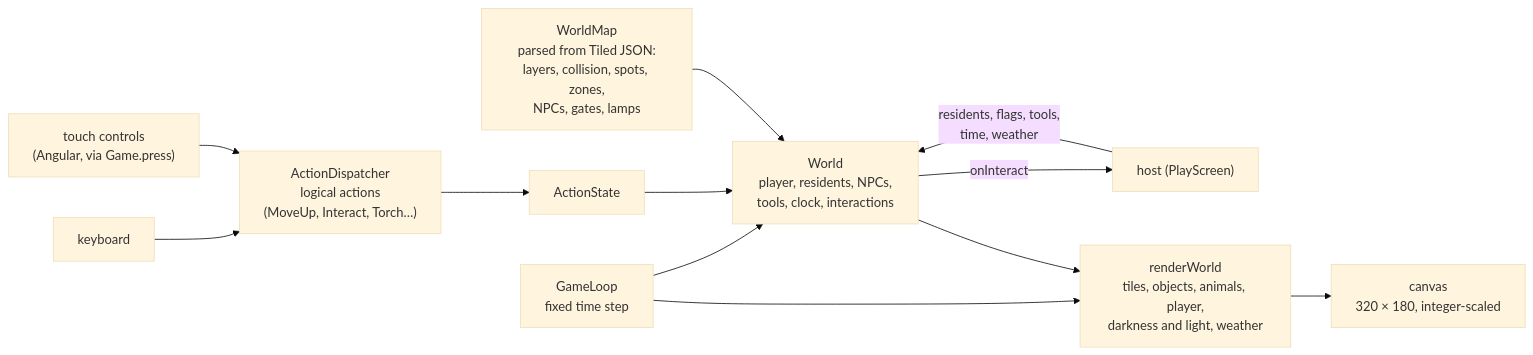
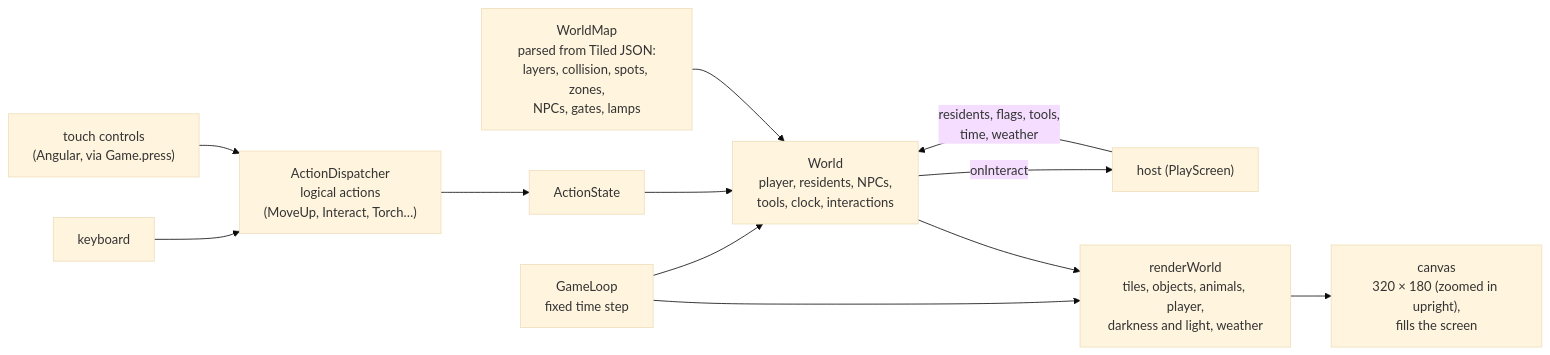
Before and after one commit to David-Letonja-CTG/Slovion: the fourth of 8 diagrams in docs/architecture.md, drawn with Mermaid (base theme). The commit also changed other lines of this file and 57 other files, not shown here.

````diff
--- a/docs/architecture.md
+++ b/docs/architecture.md
@@ -137,14 +137,14 @@
 ```mermaid
 flowchart LR
   Keys["keyboard"] --> Dispatcher["ActionDispatcher<br/>logical actions<br/>(MoveUp, Interact, Torch…)"]
   Touch["touch controls<br/>(Angular, via Game.press)"] --> Dispatcher
   Dispatcher --> State["ActionState"]
   Loop["GameLoop<br/>fixed time step"] --> World
   State --> World["World<br/>player, residents, NPCs,<br/>tools, clock, interactions"]
   Map["WorldMap<br/>parsed from Tiled JSON:<br/>layers, collision, spots, zones,<br/>NPCs, gates, lamps"] --> World
   World -- "onInteract" --> Host["host (PlayScreen)"]
   Host -- "residents, flags, tools,<br/>time, weather" --> World
   Loop --> Renderer["renderWorld<br/>tiles, objects, animals, player,<br/>darkness and light, weather"]
   World --> Renderer
-  Renderer --> CanvasEl["canvas<br/>320 × 180, integer-scaled"]
+  Renderer --> CanvasEl["canvas<br/>320 × 180 (zoomed in upright),<br/>fills the screen"]
 ```
````
